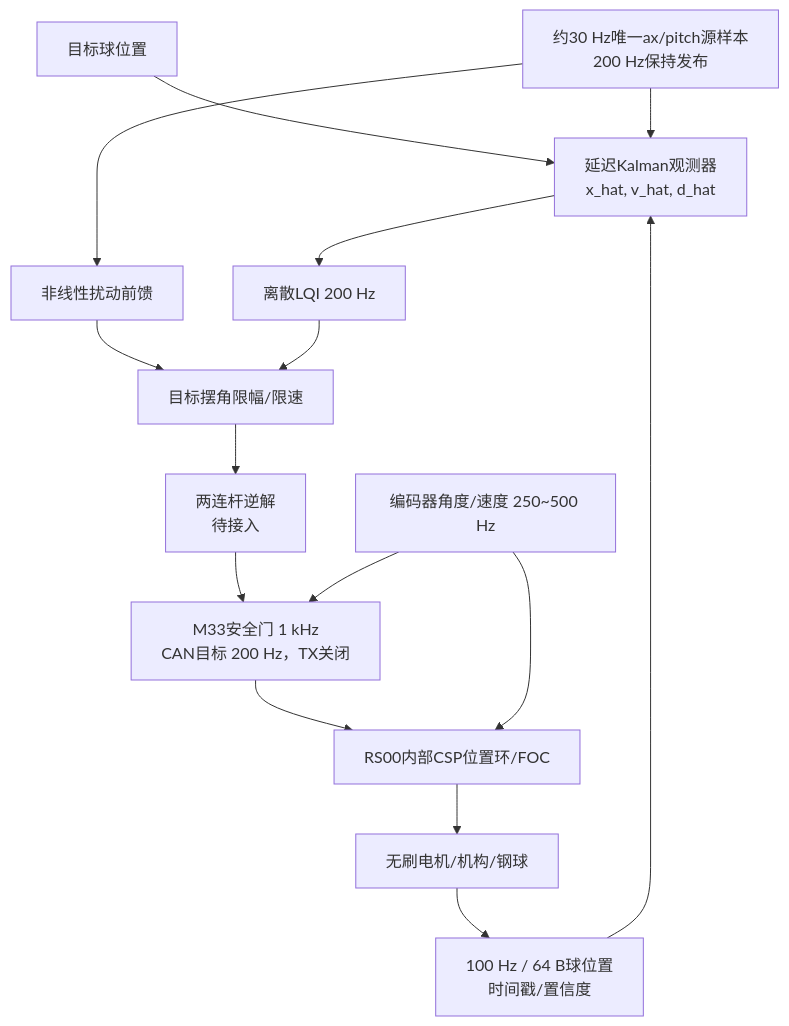
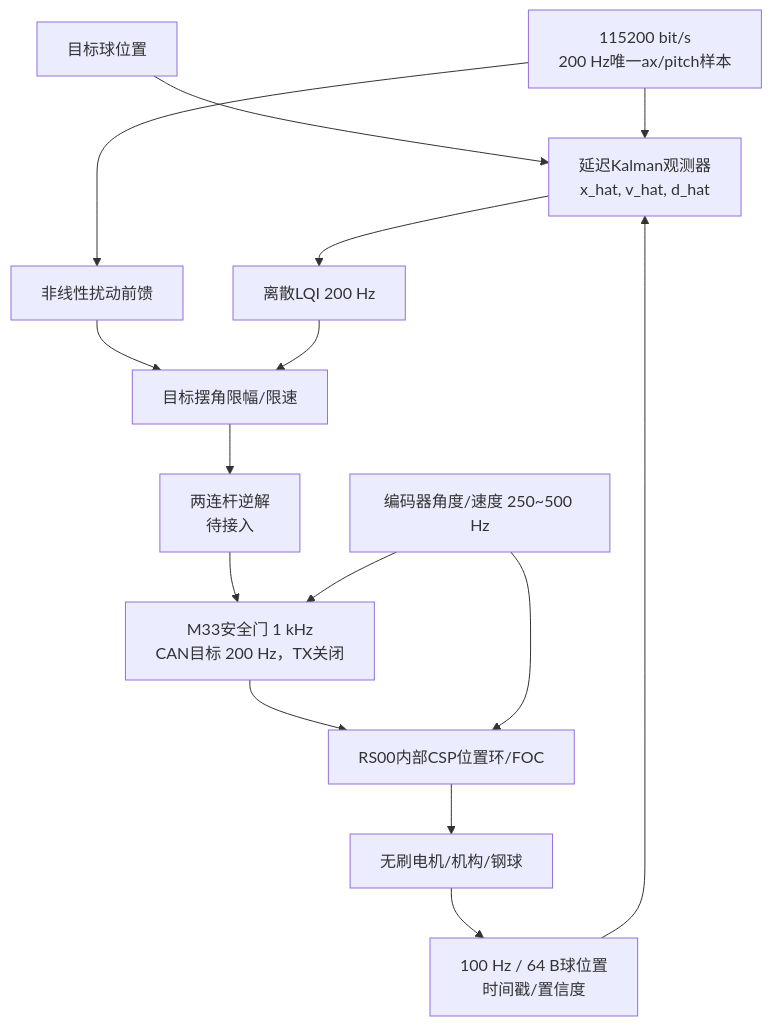
One commit to HalloYang06/2026_TI changed the diagram in docs/architecture/system-overview.md. Above: the diagram before and after it, drawn with Mermaid. The commit also changed other lines of this file and 20 other files, not shown here.

````diff
--- a/docs/architecture/system-overview.md
+++ b/docs/architecture/system-overview.md
@@ -63,17 +62,17 @@
 ```mermaid
 flowchart TD
     R["目标球位置"] --> O["延迟Kalman观测器<br/>x_hat, v_hat, d_hat"]
     V["100 Hz / 64 B球位置<br/>时间戳/置信度"] --> O
-    I["约30 Hz唯一ax/pitch源样本<br/>200 Hz保持发布"] --> O
+    I["115200 bit/s<br/>200 Hz唯一ax/pitch样本"] --> O
     I --> F["非线性扰动前馈"]
     O --> L["离散LQI 200 Hz"]
     F --> S["目标摆角限幅/限速"]
     L --> S
     S --> K["两连杆逆解<br/>待接入"]
     K --> G["M33安全门 1 kHz<br/>CAN目标 200 Hz，TX关闭"]
     G --> A["RS00内部CSP位置环/FOC"]
     E["编码器角度/速度 250~500 Hz"] --> G
     E --> A
     A --> M["无刷电机/机构/钢球"]
     M --> V
 ```
````
